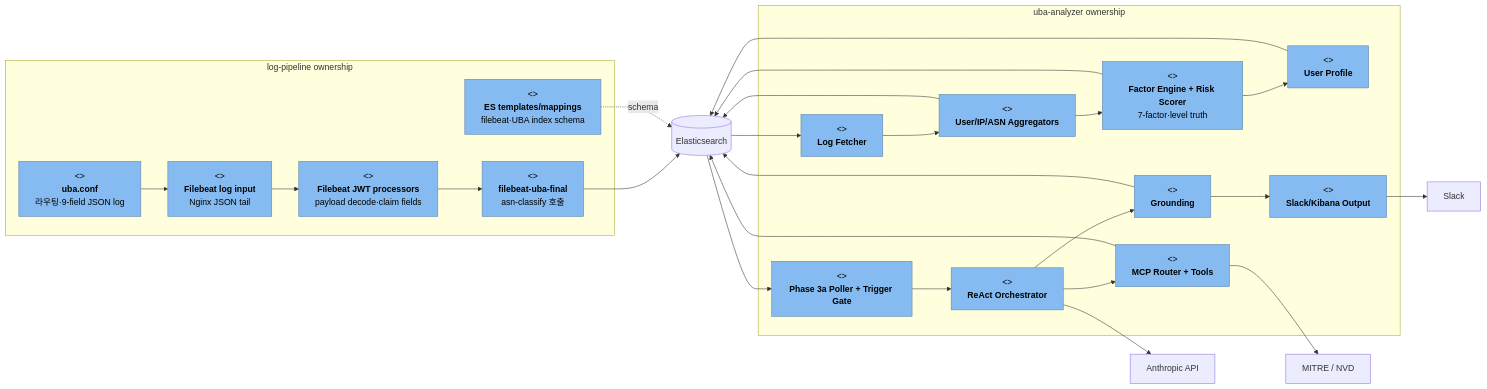
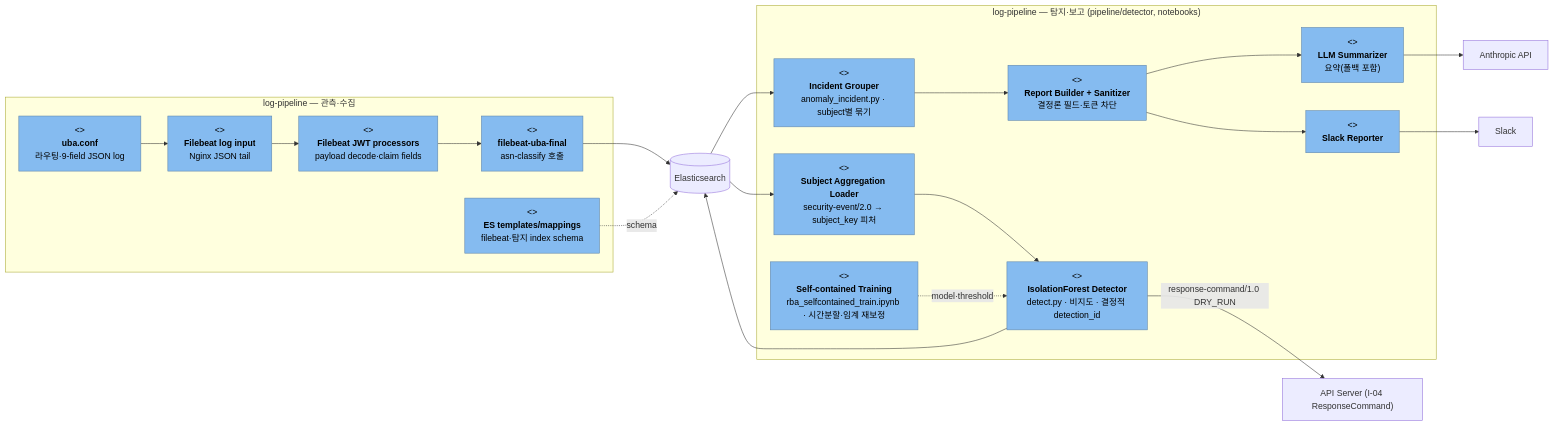
The sixth of 7 diagrams in docs/C4-as-is.md (ZETTY-ZEROTRUST/backend), drawn with Mermaid before and after one commit. The commit also changed other lines of this file and 4 other files, not shown here.

Commit message:
docs: v2 최종 기준으로 문서 정비(uba-analyzer→log-pipeline, 7-factor→IsolationForest 등)

````diff
--- a/docs/C4-as-is.md
+++ b/docs/C4-as-is.md
@@ -263,44 +257,37 @@
 ```mermaid
 flowchart LR
-    subgraph logrepo["log-pipeline ownership"]
+    subgraph telemetry["log-pipeline — 관측·수집"]
         nginx["<<component>><br/><b>uba.conf</b><br/>라우팅·9-field JSON log"]
         fbInput["<<component>><br/><b>Filebeat log input</b><br/>Nginx JSON tail"]
         jwtProcessors["<<component>><br/><b>Filebeat JWT processors</b><br/>payload decode·claim fields"]
         ingest["<<component>><br/><b>filebeat-uba-final</b><br/>asn-classify 호출"]
-        mapping["<<component>><br/><b>ES templates/mappings</b><br/>filebeat·UBA index schema"]
+        mapping["<<component>><br/><b>ES templates/mappings</b><br/>filebeat·탐지 index schema"]
     end
 
-    subgraph ubarepo["uba-analyzer ownership"]
-        fetch["<<component>><br/><b>Log Fetcher</b>"]
-        aggregate["<<component>><br/><b>User/IP/ASN Aggregators</b>"]
-        factors["<<component>><br/><b>Factor Engine + Risk Scorer</b><br/>7-factor·level truth"]
-        profile["<<component>><br/><b>User Profile</b>"]
-        poller["<<component>><br/><b>Phase 3a Poller + Trigger Gate</b>"]
-        react["<<component>><br/><b>ReAct Orchestrator</b>"]
-        tools["<<component>><br/><b>MCP Router + Tools</b>"]
-        grounding["<<component>><br/><b>Grounding</b>"]
-        notifier["<<component>><br/><b>Slack/Kibana Output</b>"]
+    subgraph detection["log-pipeline — 탐지·보고 (pipeline/detector, notebooks)"]
+        subjects["<<component>><br/><b>Subject Aggregation Loader</b><br/>security-event/2.0 → subject_key 피처"]
+        forest["<<component>><br/><b>IsolationForest Detector</b><br/>detect.py · 비지도 · 결정적 detection_id"]
+        train["<<component>><br/><b>Self-contained Training</b><br/>rba_selfcontained_train.ipynb · 시간분할·임계 재보정"]
+        incident["<<component>><br/><b>Incident Grouper</b><br/>anomaly_incident.py · subject별 묶기"]
+        report["<<component>><br/><b>Report Builder + Sanitizer</b><br/>결정론 필드·토큰 차단"]
+        summarizer["<<component>><br/><b>LLM Summarizer</b><br/>요약(폴백 포함)"]
+        notifier["<<component>><br/><b>Slack Reporter</b>"]
     end
 
     es[("Elasticsearch")]
     llm["Anthropic API"]
-    intel["MITRE / NVD"]
     slack["Slack"]
+    api["API Server (I-04 ResponseCommand)"]
 
     nginx --> fbInput --> jwtProcessors --> ingest --> es
     mapping -.->|schema| es
-    es --> fetch --> aggregate --> factors
-    aggregate --> es
-    factors --> es
-    factors --> profile --> es
-    es --> poller --> react
-    react --> llm
-    react --> tools
-    tools --> es
-    tools --> intel
-    react --> grounding --> es
-    grounding --> notifier --> slack
+    es --> subjects --> forest --> es
+    train -.->|model·threshold| forest
+    forest -->|response-command/1.0 DRY_RUN| api
+    es --> incident --> report --> summarizer
+    summarizer --> llm
+    report --> notifier --> slack
 
     classDef component fill:#85bbf0,color:#000,stroke:#5d82a8
-    class nginx,fbInput,jwtProcessors,ingest,mapping,fetch,aggregate,factors,profile,poller,react,tools,grounding,notifier component
+    class nginx,fbInput,jwtProcessors,ingest,mapping,subjects,forest,train,incident,report,summarizer,notifier component
 ```
````
